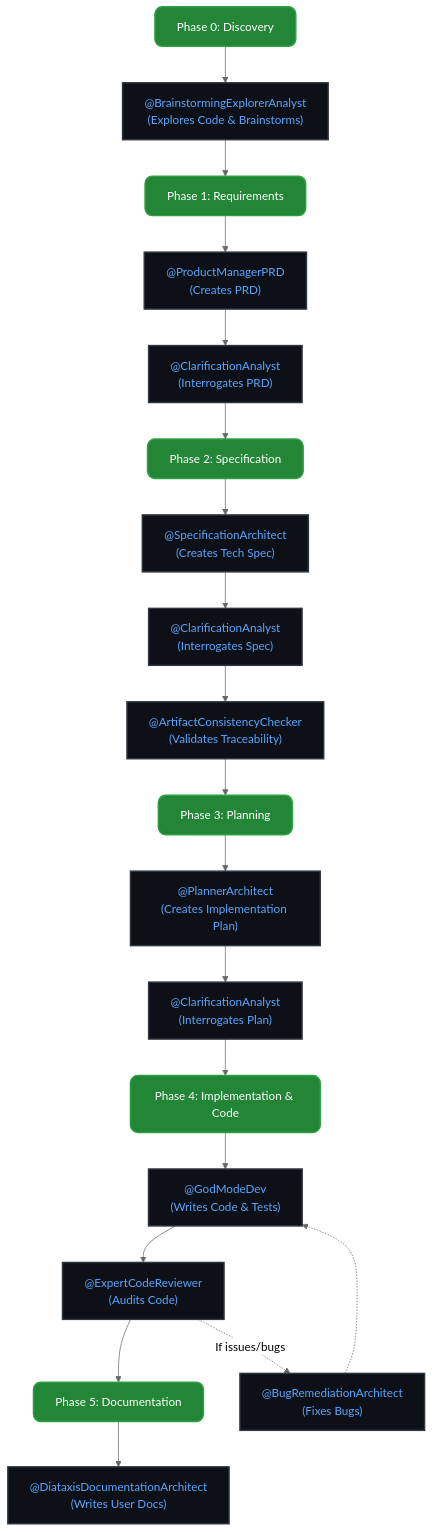
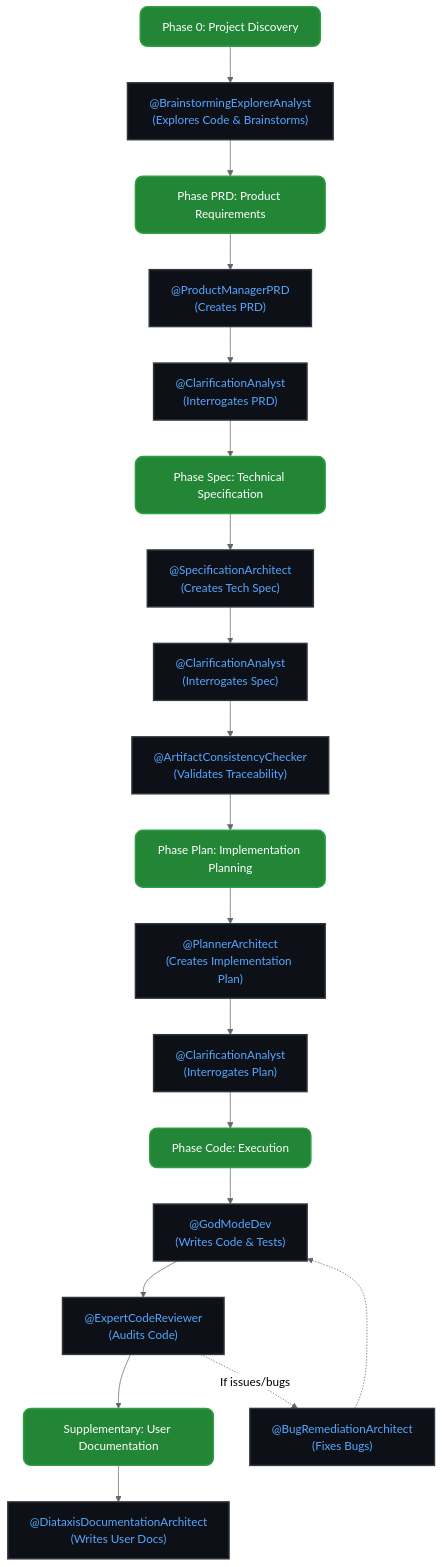
One commit to GulajavaMinistudio/awesome-copilot-id changed the diagram in README.md. Above: the diagram before and after it, drawn with Mermaid (neutral theme). The commit also changed other lines of this file, not shown here.

Commit message:
feat: Revise SDLC phases for clarity and consistency; enhance terminology and structure in documentation

````diff
--- a/README.md
+++ b/README.md
@@ -401,56 +399,56 @@
 ```mermaid
 graph TD
     %% Define Styles
     classDef agent fill:#0d1117,color:#58a6ff,stroke:#30363d,stroke-width:2px;
     classDef phase fill:#238636,color:#ffffff,stroke:#2ea043,stroke-width:2px,rx:10px,ry:10px;
 
     %% Nodes
-    Phase0[Phase 0: Discovery]:::phase
-    Phase1[Phase 1: Requirements]:::phase
-    Phase2[Phase 2: Specification]:::phase
-    Phase3[Phase 3: Planning]:::phase
-    Phase4[Phase 4: Implementation & Code]:::phase
-    Phase5[Phase 5: Documentation]:::phase
+    Phase0[Phase 0: Project Discovery]:::phase
+    Phase1[Phase PRD: Product Requirements]:::phase
+    Phase2[Phase Spec: Technical Specification]:::phase
+    Phase3[Phase Plan: Implementation Planning]:::phase
+    Phase4[Phase Code: Execution]:::phase
+    Phase5[Supplementary: User Documentation]:::phase
 
     AgentBEA["@BrainstormingExplorerAnalyst<br/>(Explores Code & Brainstorms)"]:::agent
     AgentPM["@ProductManagerPRD<br/>(Creates PRD)"]:::agent
     AgentCA1["@ClarificationAnalyst<br/>(Interrogates PRD)"]:::agent
 
     AgentSA["@SpecificationArchitect<br/>(Creates Tech Spec)"]:::agent
     AgentCA2["@ClarificationAnalyst<br/>(Interrogates Spec)"]:::agent
     AgentACC["@ArtifactConsistencyChecker<br/>(Validates Traceability)"]:::agent
 
     AgentPA["@PlannerArchitect<br/>(Creates Implementation Plan)"]:::agent
     AgentCA3["@ClarificationAnalyst<br/>(Interrogates Plan)"]:::agent
 
     AgentGMD["@GodModeDev<br/>(Writes Code & Tests)"]:::agent
     AgentECR["@ExpertCodeReviewer<br/>(Audits Code)"]:::agent
     AgentBRA["@BugRemediationArchitect<br/>(Fixes Bugs)"]:::agent
 
     AgentDDA["@DiataxisDocumentationArchitect<br/>(Writes User Docs)"]:::agent
 
     %% Flow
     Phase0 --> AgentBEA
     AgentBEA --> Phase1
 
     Phase1 --> AgentPM
     AgentPM --> AgentCA1
     AgentCA1 --> Phase2
 
     Phase2 --> AgentSA
     AgentSA --> AgentCA2
     AgentCA2 --> AgentACC
     AgentACC --> Phase3
 
     Phase3 --> AgentPA
     AgentPA --> AgentCA3
     AgentCA3 --> Phase4
 
     Phase4 --> AgentGMD
     AgentGMD --> AgentECR
     AgentECR -.->|If issues/bugs| AgentBRA
     AgentBRA -.-> AgentGMD
     AgentECR --> Phase5
 
     Phase5 --> AgentDDA
 ```
````
